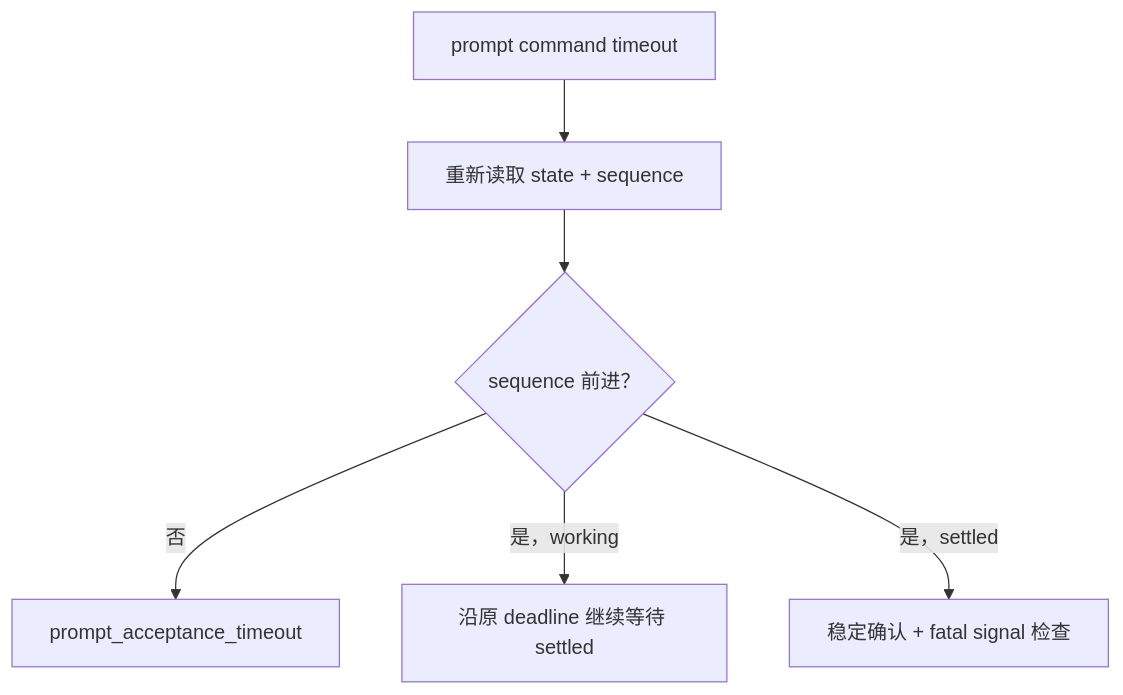
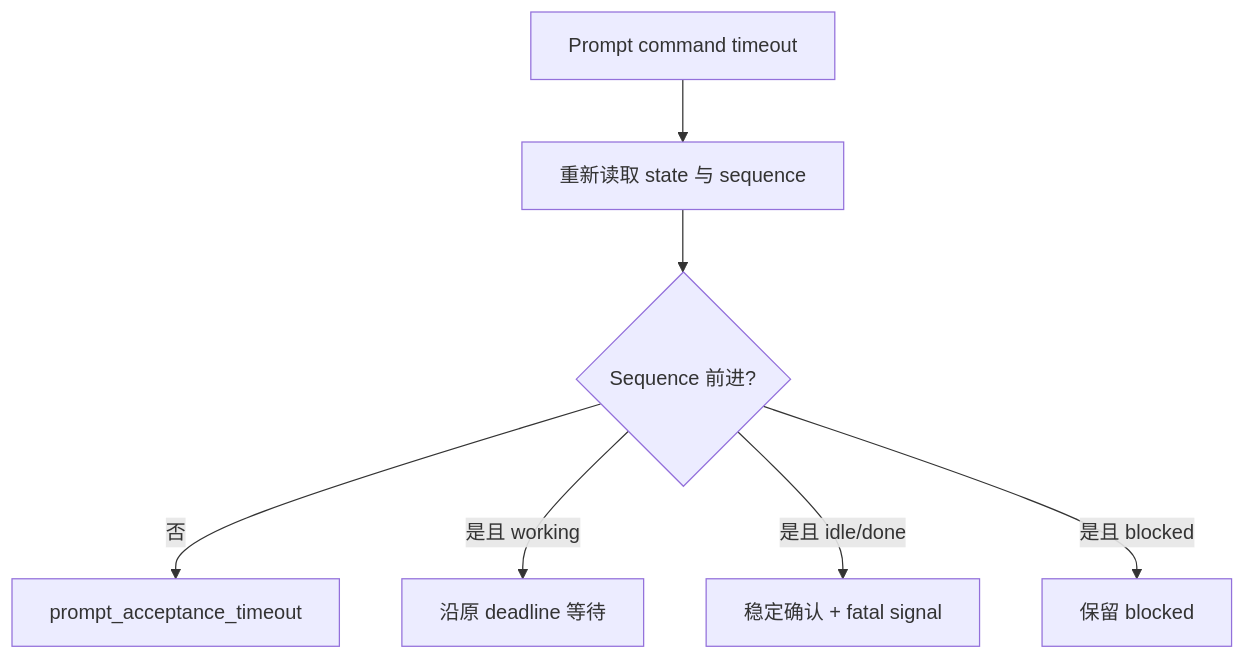
Before and after one commit to oldwinter/herdr-orchestrator: the second of 2 diagrams in droid-wiki/background/runtime-lessons.md, drawn with Mermaid. The commit also changed other lines of this file and 62 other files, not shown here.

````diff
--- a/droid-wiki/background/runtime-lessons.md
+++ b/droid-wiki/background/runtime-lessons.md
@@ -75,8 +87,9 @@
 ```mermaid
 flowchart TD
-    Timeout["prompt command timeout"] --> Read["重新读取 state + sequence"]
-    Read --> Changed{"sequence 前进？"}
-    Changed -->|否| AcceptFail["prompt_acceptance_timeout"]
-    Changed -->|是，working| Wait["沿原 deadline 继续等待 settled"]
-    Changed -->|是，settled| Confirm["稳定确认 + fatal signal 检查"]
+    Timeout[Prompt command timeout] --> Read[重新读取 state 与 sequence]
+    Read --> Changed{Sequence 前进?}
+    Changed -->|否| AcceptFail[prompt_acceptance_timeout]
+    Changed -->|是且 working| Wait[沿原 deadline 等待]
+    Changed -->|是且 idle/done| Confirm[稳定确认 + fatal signal]
+    Changed -->|是且 blocked| Block[保留 blocked]
 ```
````
